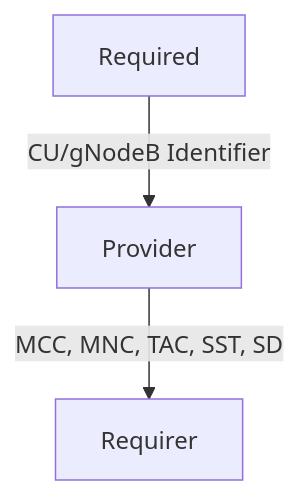
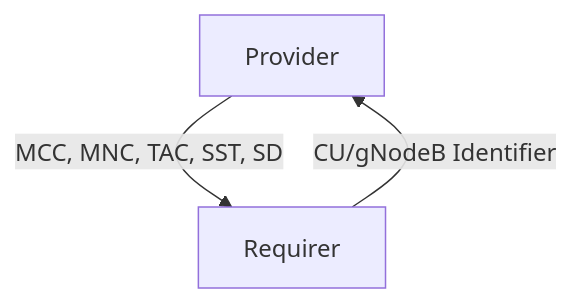
The diagram in interfaces/fiveg_core_gnb/v0/README.md (canonical/charm-relation-interfaces), drawn with Mermaid before and after one commit. The commit also changed other lines of this file and 3 other files, not shown here.

````diff
--- a/interfaces/fiveg_core_gnb/v0/README.md
+++ b/interfaces/fiveg_core_gnb/v0/README.md
@@ -13,5 +13,5 @@
 ```mermaid
 flowchart TD
     Provider -- MCC, MNC, TAC, SST, SD --> Requirer
-    Required -- CU/gNodeB Identifier --> Provider
+    Requirer -- CU/gNodeB Identifier --> Provider
 ```
````
